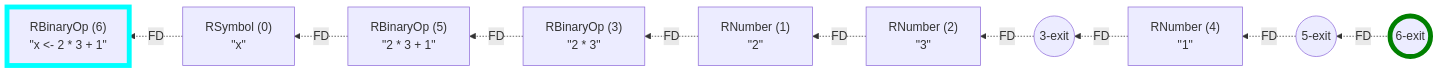
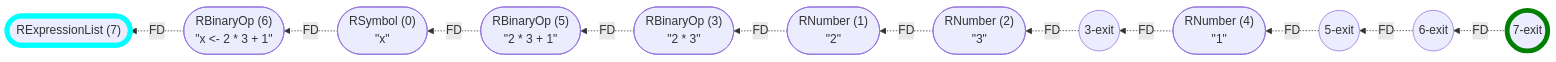
One commit to flowr-analysis/flowr changed the first of 23 diagrams in wiki/Control Flow Graph.md. Above: the diagram before and after it, drawn with Mermaid. The commit also changed other lines of this file and 339 other files, not shown here.

````diff
--- a/wiki/Control Flow Graph.md
+++ b/wiki/Control Flow Graph.md
@@ -33,30 +49,34 @@
 ```mermaid
 flowchart RL
-    n0["`RSymbol (0)
-#34;x#34;`"]
-    n1["`RNumber (1)
-#34;2#34;`"]
-    n2["`RNumber (2)
-#34;3#34;`"]
-    n3["`RBinaryOp (3)
-#34;2 #42; 3#34;`"]
+    n7(["`RExpressionList (7)`"])
+    n0(["`RSymbol (0)
+#34;x#34;`"])
+    n1(["`RNumber (1)
+#34;2#34;`"])
+    n2(["`RNumber (2)
+#34;3#34;`"])
+    n3(["`RBinaryOp (3)
+#34;2 #42; 3#34;`"])
     n3-exit((3-exit))
-    n4["`RNumber (4)
-#34;1#34;`"]
-    n5["`RBinaryOp (5)
-#34;2 #42; 3 #43; 1#34;`"]
+    n4(["`RNumber (4)
+#34;1#34;`"])
+    n5(["`RBinaryOp (5)
+#34;2 #42; 3 #43; 1#34;`"])
     n5-exit((5-exit))
-    n6["`RBinaryOp (6)
-#34;x #60;#45; 2 #42; 3 #43; 1#34;`"]
+    n6(["`RBinaryOp (6)
+#34;x #60;#45; 2 #42; 3 #43; 1#34;`"])
     n6-exit((6-exit))
+    n7-exit((7-exit))
+    n6 -.->|"FD"| n7
     n2 -.->|"FD"| n1
     n1 -.->|"FD"| n3
     n3-exit -.->|"FD"| n2
     n4 -.->|"FD"| n3-exit
     n3 -.->|"FD"| n5
     n5-exit -.->|"FD"| n4
     n5 -.->|"FD"| n0
     n0 -.->|"FD"| n6
     n6-exit -.->|"FD"| n5-exit
-    style n6 stroke:cyan,stroke-width:6.5px;    style n6-exit stroke:green,stroke-width:6.5px;
+    n7-exit -.->|"FD"| n6-exit
+    style n7 stroke:cyan,stroke-width:6.5px;    style n7-exit stroke:green,stroke-width:6.5px;
 ```
````
